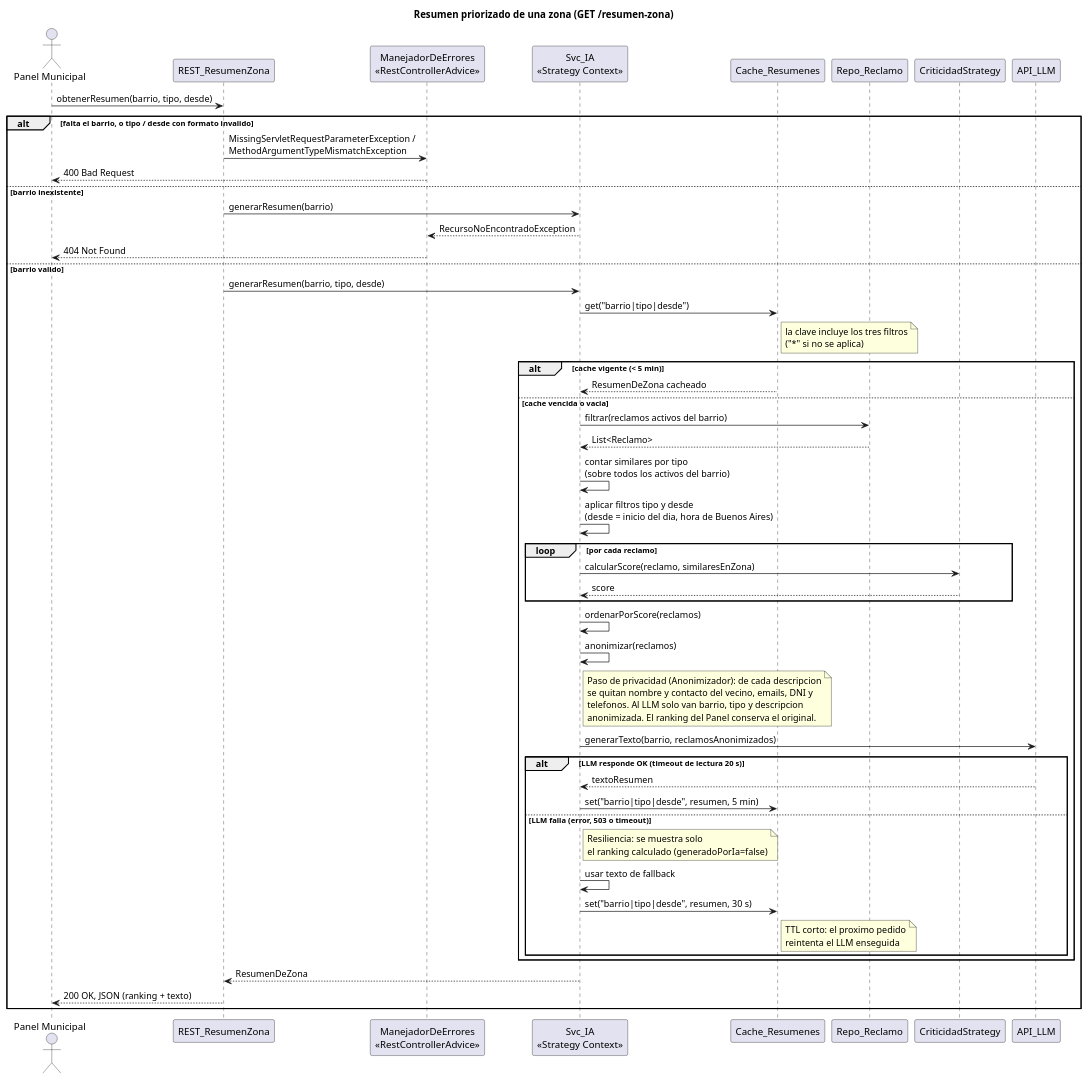
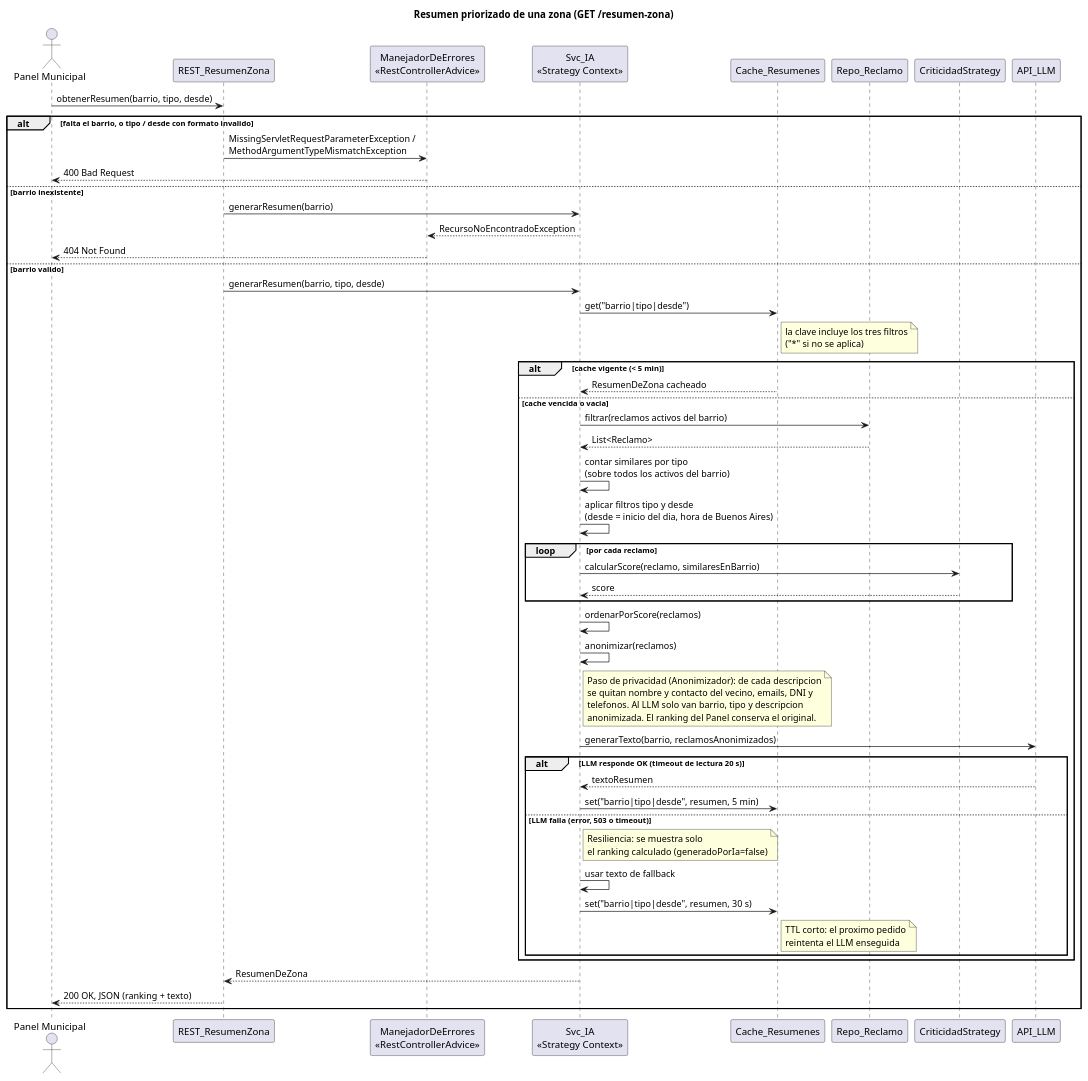
Before and after one commit to francolovera24/Backend-TicketeraMunicipal-DDA2: the diagram in docs/03_secuencia_resumen_zona.puml, drawn with PlantUML. The commit also changed 11 other files, not shown here.

First line of the commit message:
Punto 14: un solo nombre, Barrio, en codigo y diagramas

```diff
--- a/docs/03_secuencia_resumen_zona.puml
+++ b/docs/03_secuencia_resumen_zona.puml
@@ -1,66 +1,66 @@
 @startuml
 title Resumen priorizado de una zona (GET /resumen-zona)
 
 actor "Panel Municipal" as Panel
 participant "REST_ResumenZona" as REST
 participant "ManejadorDeErrores\n<<RestControllerAdvice>>" as Errores
 participant "Svc_IA\n<<Strategy Context>>" as Svc
 participant "Cache_Resumenes" as Cache
 participant "Repo_Reclamo" as Repo
 participant "CriticidadStrategy" as Strategy
 participant "API_LLM" as LLM
 
 Panel -> REST : obtenerResumen(barrio, tipo, desde)
 
 alt falta el barrio, o tipo / desde con formato invalido
     REST -> Errores : MissingServletRequestParameterException /\nMethodArgumentTypeMismatchException
     Errores --> Panel : 400 Bad Request
 else barrio inexistente
     REST -> Svc : generarResumen(barrio)
     Svc --> Errores : RecursoNoEncontradoException
     Errores --> Panel : 404 Not Found
 else barrio valido
     REST -> Svc : generarResumen(barrio, tipo, desde)
     Svc -> Cache : get("barrio|tipo|desde")
     note right of Cache : la clave incluye los tres filtros\n("*" si no se aplica)
 
     alt cache vigente (< 5 min)
         Cache --> Svc : ResumenDeZona cacheado
     else cache vencida o vacia
         Svc -> Repo : filtrar(reclamos activos del barrio)
         Repo --> Svc : List<Reclamo>
         Svc -> Svc : contar similares por tipo\n(sobre todos los activos del barrio)
         Svc -> Svc : aplicar filtros tipo y desde\n(desde = inicio del dia, hora de Buenos Aires)
 
         loop por cada reclamo
-            Svc -> Strategy : calcularScore(reclamo, similaresEnZona)
+            Svc -> Strategy : calcularScore(reclamo, similaresEnBarrio)
             Strategy --> Svc : score
         end
 
         Svc -> Svc : ordenarPorScore(reclamos)
 
         Svc -> Svc : anonimizar(reclamos)
         note right of Svc
           Paso de privacidad (Anonimizador): de cada descripcion
           se quitan nombre y contacto del vecino, emails, DNI y
           telefonos. Al LLM solo van barrio, tipo y descripcion
           anonimizada. El ranking del Panel conserva el original.
         end note
 
         Svc -> LLM : generarTexto(barrio, reclamosAnonimizados)
 
         alt LLM responde OK (timeout de lectura 20 s)
             LLM --> Svc : textoResumen
             Svc -> Cache : set("barrio|tipo|desde", resumen, 5 min)
         else LLM falla (error, 503 o timeout)
             note right of Svc : Resiliencia: se muestra solo\nel ranking calculado (generadoPorIa=false)
             Svc -> Svc : usar texto de fallback
             Svc -> Cache : set("barrio|tipo|desde", resumen, 30 s)
             note right of Cache : TTL corto: el proximo pedido\nreintenta el LLM enseguida
         end
     end
 
     Svc --> REST : ResumenDeZona
     REST --> Panel : 200 OK, JSON (ranking + texto)
 end
 @enduml
```
